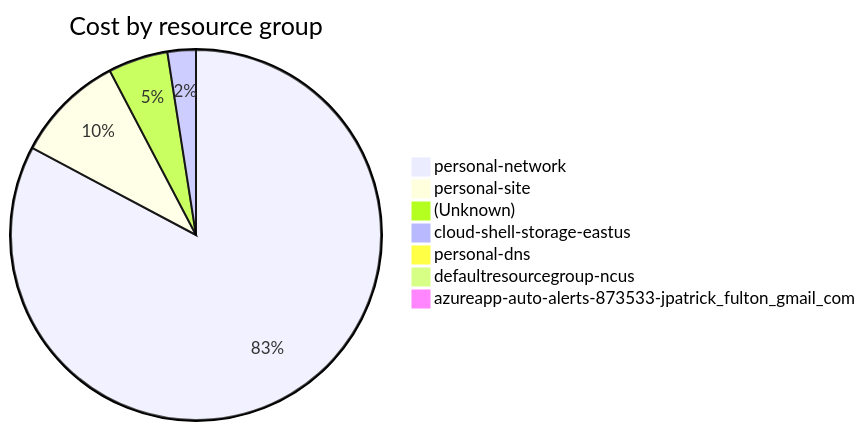
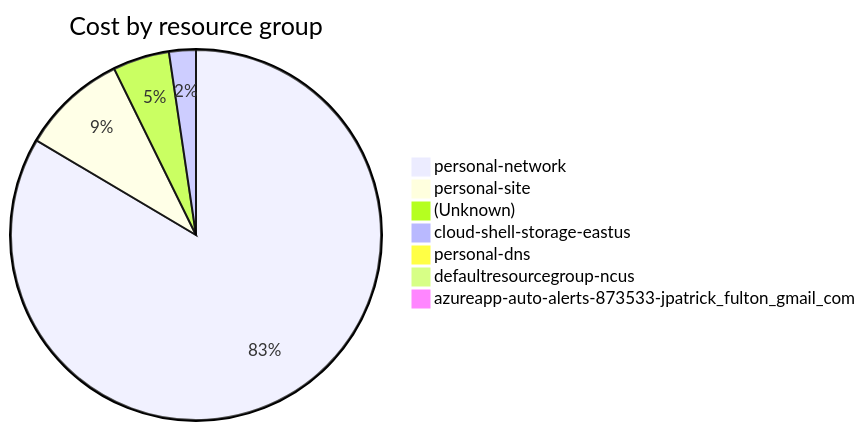
One commit to jpfulton/azure-personal-reports changed the fourth of 4 diagrams in cost-reports/accumulated-cost.md. Above: the diagram before and after it, drawn with Mermaid. The commit also changed other lines of this file and 4 other files, not shown here.

````diff
--- a/cost-reports/accumulated-cost.md
+++ b/cost-reports/accumulated-cost.md
@@ -159,11 +159,11 @@
 ```mermaid
 pie
    title Cost by resource group
-   "personal-network" : 186.30
-   "personal-site" : 21.45
-   "(Unknown)" : 11.74
-   "cloud-shell-storage-eastus" : 5.57
-   "personal-dns" : 0.59
+   "personal-network" : 198.96
+   "personal-site" : 21.92
+   "(Unknown)" : 11.77
+   "cloud-shell-storage-eastus" : 5.58
+   "personal-dns" : 0.61
    "defaultresourcegroup-ncus" : 0.00
    "azureapp-auto-alerts-873533-jpatrick_fulton_gmail_com" : 0.00
 ```
````
